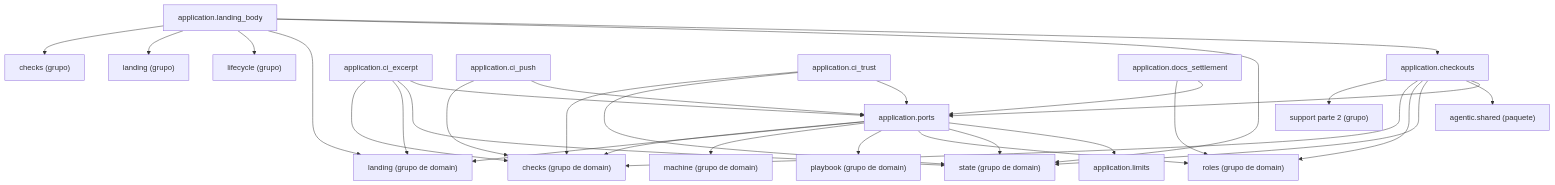
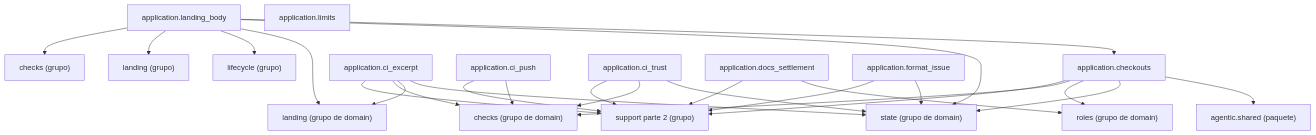
The diagram in docs/architecture/generated/packages-process-application-support-1.md (GonzaloZevallos/agentic-system), drawn with Mermaid before and after one commit. The commit also changed 12 other files, not shown here.

Commit message:
Place the format_issue module in the support cluster and regenerate the class diagrams

````diff
--- a/docs/architecture/generated/packages-process-application-support-1.md
+++ b/docs/architecture/generated/packages-process-application-support-1.md
@@ -17,52 +17,44 @@
 ```mermaid
 graph TD
     g_application__checks["checks (grupo)"]
     g_application__landing["landing (grupo)"]
     g_application__lifecycle["lifecycle (grupo)"]
     g_application__support__2["support parte 2 (grupo)"]
     g_domain__checks["checks (grupo de domain)"]
     g_domain__landing["landing (grupo de domain)"]
-    g_domain__machine["machine (grupo de domain)"]
-    g_domain__playbook["playbook (grupo de domain)"]
     g_domain__roles["roles (grupo de domain)"]
     g_domain__state["state (grupo de domain)"]
     g_pkg__agentic__shared["agentic.shared (paquete)"]
     m_application__checkouts["application.checkouts"]
     m_application__ci_excerpt["application.ci_excerpt"]
     m_application__ci_push["application.ci_push"]
     m_application__ci_trust["application.ci_trust"]
     m_application__docs_settlement["application.docs_settlement"]
+    m_application__format_issue["application.format_issue"]
     m_application__landing_body["application.landing_body"]
     m_application__limits["application.limits"]
-    m_application__ports["application.ports"]
     m_application__checkouts --> g_application__support__2
     m_application__checkouts --> g_domain__checks
     m_application__checkouts --> g_domain__roles
     m_application__checkouts --> g_domain__state
     m_application__checkouts --> g_pkg__agentic__shared
-    m_application__checkouts --> m_application__ports
+    m_application__ci_excerpt --> g_application__support__2
     m_application__ci_excerpt --> g_domain__checks
     m_application__ci_excerpt --> g_domain__landing
     m_application__ci_excerpt --> g_domain__state
-    m_application__ci_excerpt --> m_application__ports
+    m_application__ci_push --> g_application__support__2
     m_application__ci_push --> g_domain__checks
-    m_application__ci_push --> m_application__ports
+    m_application__ci_trust --> g_application__support__2
     m_application__ci_trust --> g_domain__checks
     m_application__ci_trust --> g_domain__state
-    m_application__ci_trust --> m_application__ports
+    m_application__docs_settlement --> g_application__support__2
     m_application__docs_settlement --> g_domain__roles
-    m_application__docs_settlement --> m_application__ports
+    m_application__format_issue --> g_application__support__2
+    m_application__format_issue --> g_domain__state
     m_application__landing_body --> g_application__checks
     m_application__landing_body --> g_application__landing
     m_application__landing_body --> g_application__lifecycle
     m_application__landing_body --> g_domain__landing
     m_application__landing_body --> g_domain__state
     m_application__landing_body --> m_application__checkouts
-    m_application__ports --> g_domain__checks
-    m_application__ports --> g_domain__landing
-    m_application__ports --> g_domain__machine
-    m_application__ports --> g_domain__playbook
-    m_application__ports --> g_domain__roles
-    m_application__ports --> g_domain__state
-    m_application__ports --> m_application__limits
 ```
````
